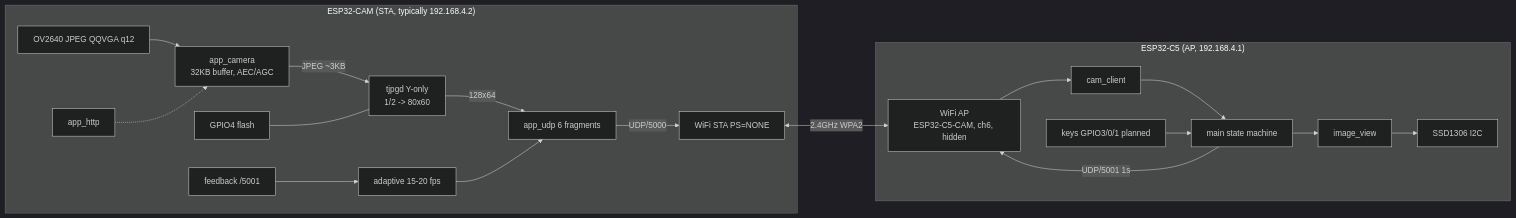
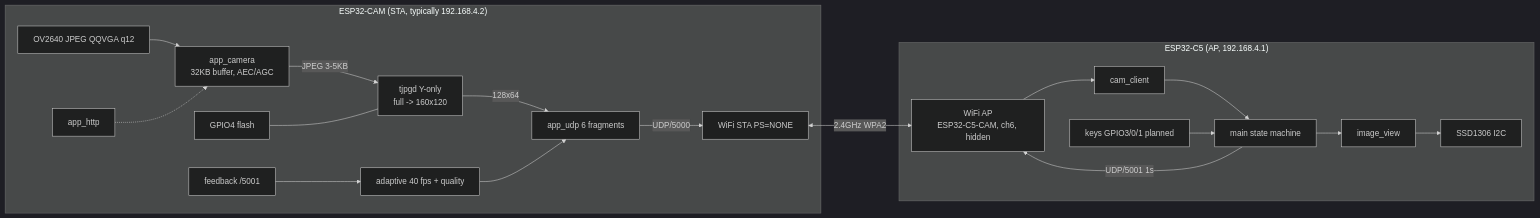
The first of 3 diagrams in docs/TECHNICAL_DESIGN.md (XDUPWW/ESP32-AirCamDuo), drawn with Mermaid (dark theme) before and after one commit. The commit also changed other lines of this file and 10 other files, not shown here.

````diff
--- a/docs/TECHNICAL_DESIGN.md
+++ b/docs/TECHNICAL_DESIGN.md
@@ -181,22 +183,22 @@
 ```mermaid
 flowchart LR
   subgraph CAM["ESP32-CAM (STA, typically 192.168.4.2)"]
     S[OV2640 JPEG QQVGA q12] --> C[app_camera<br/>32KB buffer, AEC/AGC]
-    C -->|JPEG ~3KB| D[tjpgd Y-only<br/>1/2 -> 80x60]
+    C -->|JPEG 3-5KB| D[tjpgd Y-only<br/>full -> 160x120]
     D -->|128x64| U[app_udp 6 fragments]
     U -->|UDP/5000| W1[WiFi STA PS=NONE]
-    F[feedback /5001] --> R[adaptive 15-20 fps]
+    F[feedback /5001] --> R[adaptive 40 fps + quality]
     R --> U
     L[GPIO4 flash] --- D
     H[app_http] -.-> C
   end
   subgraph C5["ESP32-C5 (AP, 192.168.4.1)"]
     W2[WiFi AP<br/>ESP32-C5-CAM, ch6, hidden] --> RX[cam_client]
     RX --> M[main state machine]
     M --> V[image_view]
     V --> O[SSD1306 I2C]
     M -->|UDP/5001 1s| W2
     B[keys GPIO3/0/1 planned] --> M
   end
   W1 <-->|2.4GHz WPA2| W2
 ```
````
